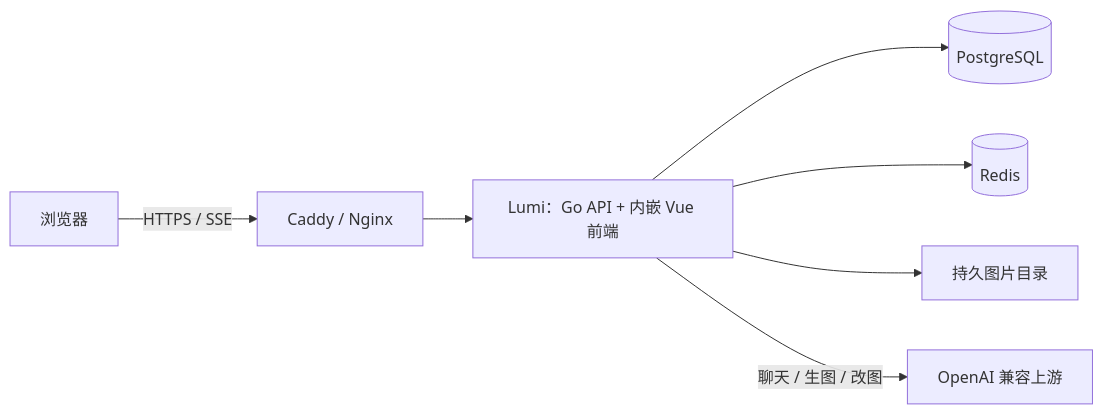
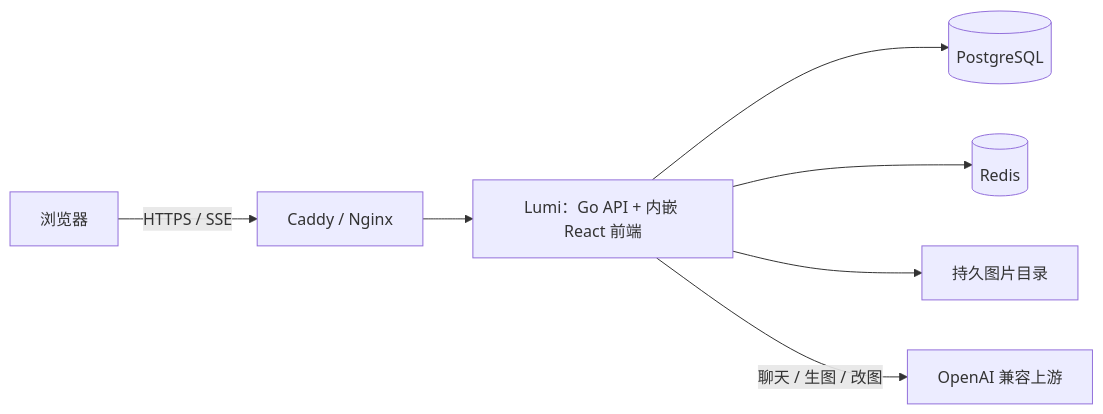
The diagram in README.md (xinghenWink/Lumi), drawn with Mermaid before and after one commit. The commit also changed other lines of this file and 115 other files, not shown here.

````diff
--- a/README.md
+++ b/README.md
@@ -38,9 +40,9 @@
 ```mermaid
 flowchart LR
     Browser[浏览器] -->|HTTPS / SSE| Proxy[Caddy / Nginx]
-    Proxy --> App[Lumi：Go API + 内嵌 Vue 前端]
+    Proxy --> App[Lumi：Go API + 内嵌 React 前端]
     App --> PG[(PostgreSQL)]
     App --> Redis[(Redis)]
     App --> Files[持久图片目录]
     App -->|聊天 / 生图 / 改图| Upstream[OpenAI 兼容上游]
 ```
````
